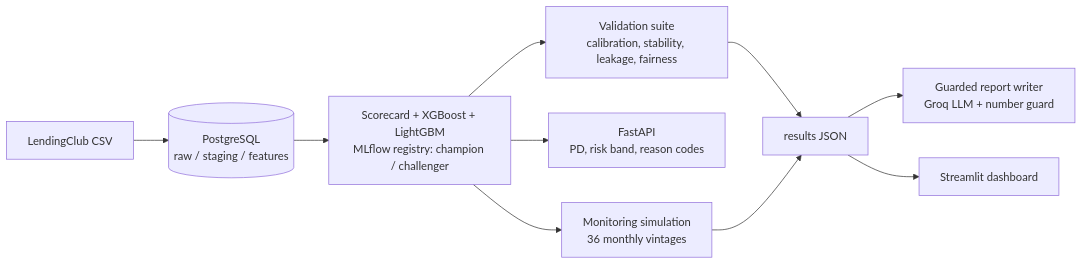
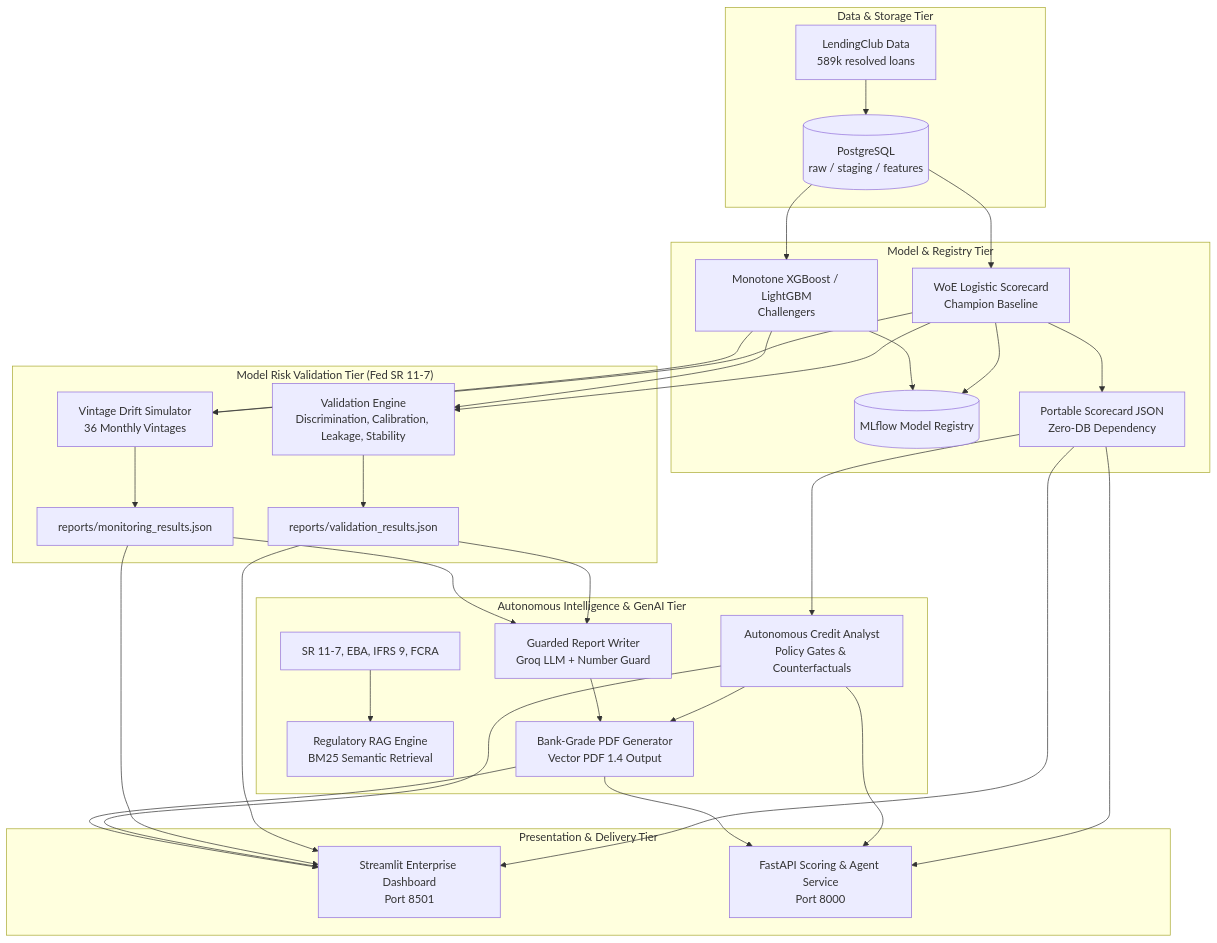
Before and after one commit to Rblaze23/Finrisk: the diagram in README.md, drawn with Mermaid. The commit also changed other lines of this file and 13 other files, not shown here.

````diff
--- a/README.md
+++ b/README.md
@@ -52,12 +81,32 @@
 ```mermaid
-flowchart LR
-  A[LendingClub CSV] --> B[(PostgreSQL<br/>raw / staging / features)]
-  B --> C[Scorecard + XGBoost + LightGBM<br/>MLflow registry: champion / challenger]
-  C --> D[Validation suite<br/>calibration, stability, leakage, fairness]
-  C --> E[FastAPI<br/>PD, risk band, reason codes]
-  C --> G[Monitoring simulation<br/>36 monthly vintages]
-  D --> F[results JSON]
-  G --> F
-  F --> H[Guarded report writer<br/>Groq LLM + number guard]
-  F --> I[Streamlit dashboard]
+flowchart TD
+  subgraph DataPipeline["Data & Storage Tier"]
+    CSV[LendingClub Data<br/>589k resolved loans] --> PG[(PostgreSQL<br/>raw / staging / features)]
+  end
+
+  subgraph ModelTier["Model & Registry Tier"]
+    PG --> SC[WoE Logistic Scorecard<br/>Champion Baseline]
+    PG --> XGB[Monotone XGBoost / LightGBM<br/>Challengers]
+    SC & XGB --> MLF[(MLflow Model Registry)]
+    SC --> PSC[Portable Scorecard JSON<br/>Zero-DB Dependency]
+  end
+
+  subgraph ValidationTier["Model Risk Validation Tier (Fed SR 11-7)"]
+    SC & XGB --> VAL[Validation Engine<br/>Discrimination, Calibration, Leakage, Stability]
+    VAL --> RES[reports/validation_results.json]
+    SC & XGB --> MON[Vintage Drift Simulator<br/>36 Monthly Vintages]
+    MON --> MRES[reports/monitoring_results.json]
+  end
+
+  subgraph AgenticTier["Autonomous Intelligence & GenAI Tier"]
+    PSC --> AGENT[Autonomous Credit Analyst<br/>Policy Gates & Counterfactuals]
+    RES & MRES --> GUARD[Guarded Report Writer<br/>Groq LLM + Number Guard]
+    RAG_DOCS[SR 11-7, EBA, IFRS 9, FCRA] --> RAG[Regulatory RAG Engine<br/>BM25 Semantic Retrieval]
+    AGENT & GUARD --> PDF[Bank-Grade PDF Generator<br/>Vector PDF 1.4 Output]
+  end
+
+  subgraph DeliveryTier["Presentation & Delivery Tier"]
+    PSC & RES & MRES & AGENT & PDF --> UI[Streamlit Enterprise Dashboard<br/>Port 8501]
+    PSC & AGENT & PDF --> API[FastAPI Scoring & Agent Service<br/>Port 8000]
+  end
 ```
````
